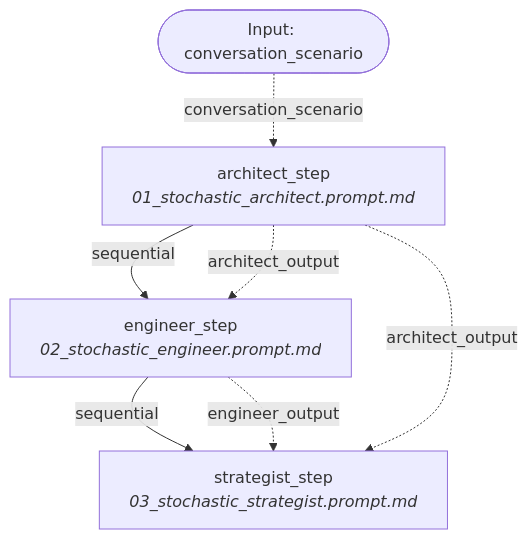
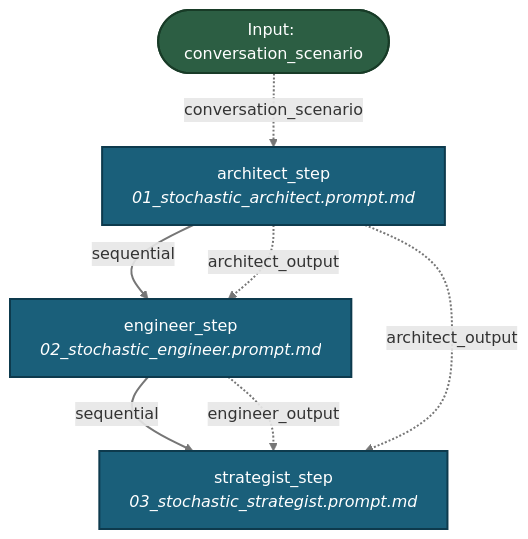
One commit to fderuiter/proompts changed the diagram in docs/workflows/stochastic_model_chain.md. Above: the diagram before and after it, drawn with Mermaid. The commit also changed 267 other files, not shown here.

````diff
--- a/docs/workflows/stochastic_model_chain.md
+++ b/docs/workflows/stochastic_model_chain.md
@@ -11,13 +11,16 @@
 ```mermaid
 graph TD
-    INPUT_conversation_scenario([Input: conversation_scenario])
-    architect_step[architect_step<br><i>01_stochastic_architect.prompt.md</i>]
+    classDef stepNode fill:#1a5f7a,stroke:#0d3a4d,stroke-width:2px,color:#ffffff;
+    classDef inputNode fill:#2c5e43,stroke:#183b27,stroke-width:2px,color:#ffffff;
+    INPUT_conversation_scenario([Input: conversation_scenario]):::inputNode
+    architect_step[architect_step<br><i>01_stochastic_architect.prompt.md</i>]:::stepNode
     INPUT_conversation_scenario -. conversation_scenario .-> architect_step
     architect_step -->|sequential| engineer_step
-    engineer_step[engineer_step<br><i>02_stochastic_engineer.prompt.md</i>]
+    engineer_step[engineer_step<br><i>02_stochastic_engineer.prompt.md</i>]:::stepNode
     architect_step -. architect_output .-> engineer_step
     engineer_step -->|sequential| strategist_step
-    strategist_step[strategist_step<br><i>03_stochastic_strategist.prompt.md</i>]
+    strategist_step[strategist_step<br><i>03_stochastic_strategist.prompt.md</i>]:::stepNode
     architect_step -. architect_output .-> strategist_step
     engineer_step -. engineer_output .-> strategist_step
+    linkStyle default stroke:#767676,stroke-width:2px;
 ```
````
